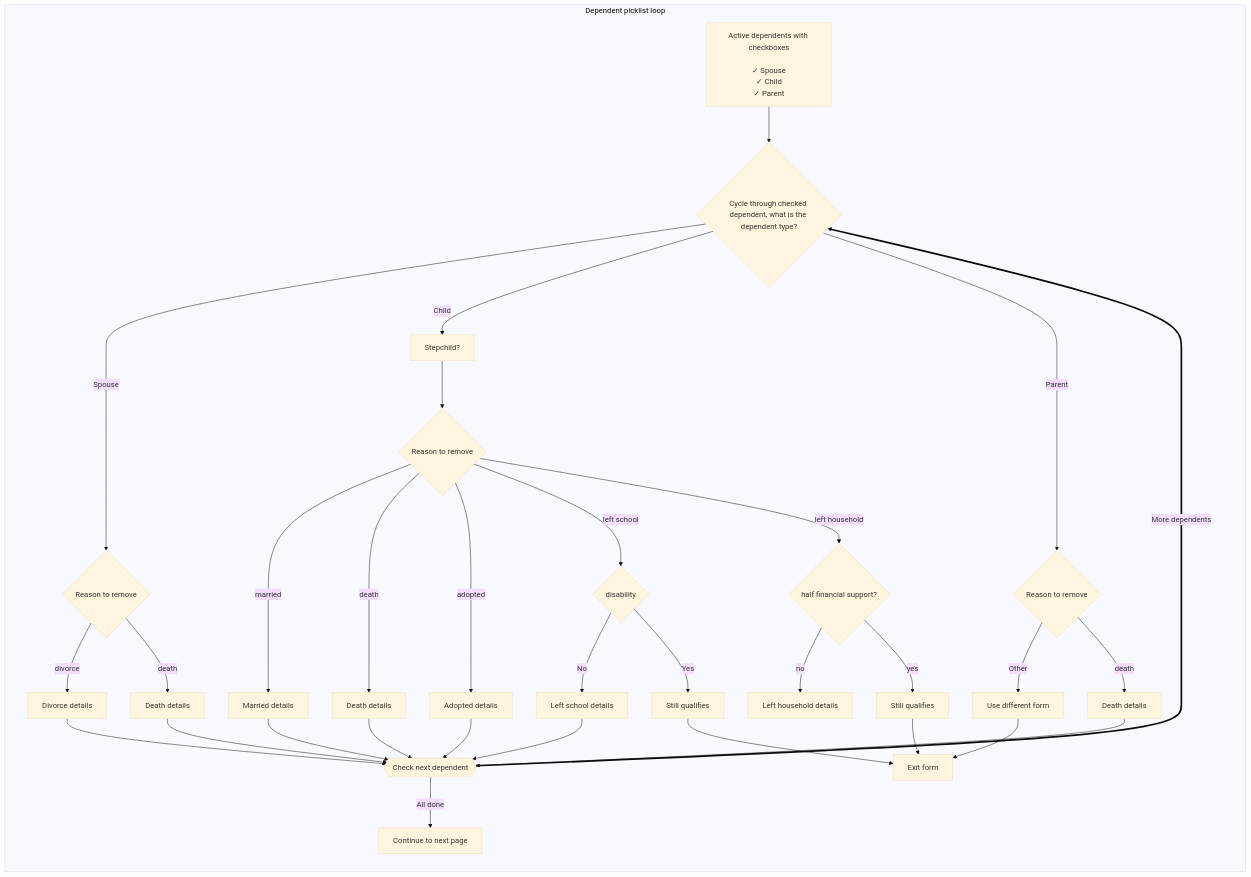
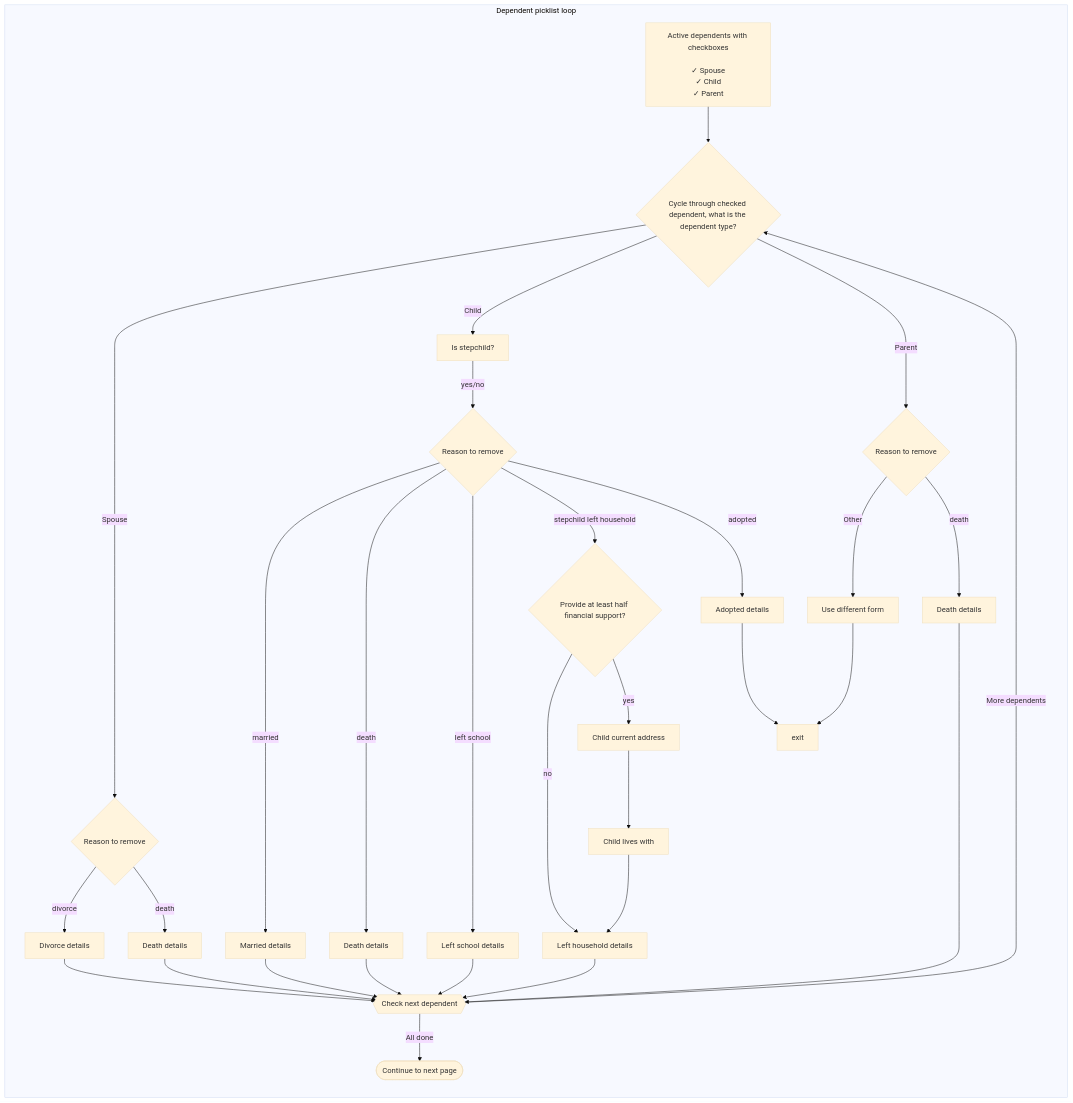
One commit to department-of-veterans-affairs/vets-website changed the diagram in src/applications/dependents/686c-674/components/picklist/README.md. Above: the diagram before and after it, drawn with Mermaid (base theme).

Commit message:
Update picklist flow diagram

````diff
--- a/src/applications/dependents/686c-674/components/picklist/README.md
+++ b/src/applications/dependents/686c-674/components/picklist/README.md
@@ -26,43 +26,42 @@
 ```mermaid
 flowchart TD
   Start[Active dependents with checkboxes<br><br>✓ Spouse<br>✓ Child<br>✓ Parent]
 
   subgraph DepLoop[Dependent picklist loop]
     direction TB
     DepType{Cycle through checked dependent, what is the dependent type?}
     Start --> DepType
-    DepType -- "Spouse" --> SpouseQ0{Reason to remove}
-    SpouseQ0 -- "divorce" --> SpouseQ1[Divorce details]
-    SpouseQ1 --> NextDep
-    SpouseQ0 -- "death" --> SpouseQ2[Death details]
-    SpouseQ2 --> NextDep@{ shape: hex, label: "Check next dependent" }
+    DepType -- "Spouse" --> SpouseReasonToRemove{Reason to remove}
+    SpouseReasonToRemove -- "divorce" --> SpouseDetails[Divorce details]
+    SpouseDetails --> NextDep
+    SpouseReasonToRemove -- "death" --> SpouseDeathDetails[Death details]
+    SpouseDeathDetails --> NextDep
 
-    DepType -- "Child" --> ChildQ0[Stepchild?]
-    ChildQ0 --> ChildQ1{Reason to remove}
-    ChildQ2a -- "No" --> ChildQ2b[Left school details]
-    ChildQ2b --> NextDep
-    ChildQ1 -- "married" --> ChildQ3[Married details]
-    ChildQ3 --> NextDep
-    ChildQ1 -- "death" --> ChildQ4[Death details]
-    ChildQ4 --> NextDep
-    ChildQ1 -- "adopted" --> ChildQ5[Adopted details]
-    ChildQ5 --> NextDep
-    ChildQ1 -- "left school" --> ChildQ2a{disability}
-    ChildQ2a -- "Yes" --> ChildQ2x[Still qualifies]
-    ChildQ2x --> exit[Exit form]
-    ChildQ1 -- "left household" --> ChildQ7{half financial support?}
-    ChildQ7 -- "no" --> ChildQ7b[Left household details]
-    ChildQ7 -- "yes" --> ChildQ7x[Still qualifies]
-    ChildQ7x --> exit[Exit form]
+    DepType -- "Child" --> ChildIsStepchild[Is stepchild?]
+    ChildIsStepchild -- yes/no --> ChildReasonToRemove{Reason to remove}
+    ChildLeftSchoolDetails --> NextDep
+    ChildReasonToRemove -- "married" --> ChildMarriedDetails[Married details]
+    ChildMarriedDetails --> NextDep
+    ChildReasonToRemove -- "death" --> ChildDeathDetails[Death details]
+    ChildDeathDetails --> NextDep
+    ChildReasonToRemove -- "left school" --> ChildLeftSchoolDetails[Left school details]
+    ChildReasonToRemove -- "stepchild left household" --> ChildHalfFinancialSupport{Provide at least half financial support?}
+    ChildHalfFinancialSupport -- "no" --> ChildLeftHouseholdDetails[Left household details]
+    ChildLeftHouseholdDetails --> NextDep
+    ChildHalfFinancialSupport -- "yes" --> ChildAddress[Child current address]
+    ChildAddress --> ChildLivesWith[Child lives with]
+    ChildLivesWith --> ChildLeftHouseholdDetails
+    ChildReasonToRemove -- "adopted" --> ChildAdoptedDetails[Adopted details]
+    ChildAdoptedDetails --> exit
 
+    DepType -- "Parent" --> ParentReasonToRemove{Reason to remove}
+    ParentReasonToRemove -- "Other" --> ParentExit[Use different form]
+    ParentExit --> exit
+    ParentReasonToRemove -- "death" --> ParentDeathDetails[Death details]
+    ParentDeathDetails --> NextDep
 
-    DepType -- "Parent" --> ParentQ0{Reason to remove}
-    ParentQ0 -- "Other" --> ParentQx[Use different form]
-    ParentQx --> exit
-    ParentQ0 -- "death" --> ParentQ1[Death details]
-    ParentQ1 --> NextDep
-
-    NextDep == "More dependents" ==> DepType
-    NextDep -- "All done" --> Done[Continue to next page]
+    NextDep@{ shape: hex, label: "Check next dependent" }
+    NextDep l1@-- "More dependents" --> DepType
+    NextDep -- "All done" --> Done([Continue to next page])
   end
 ```
````
